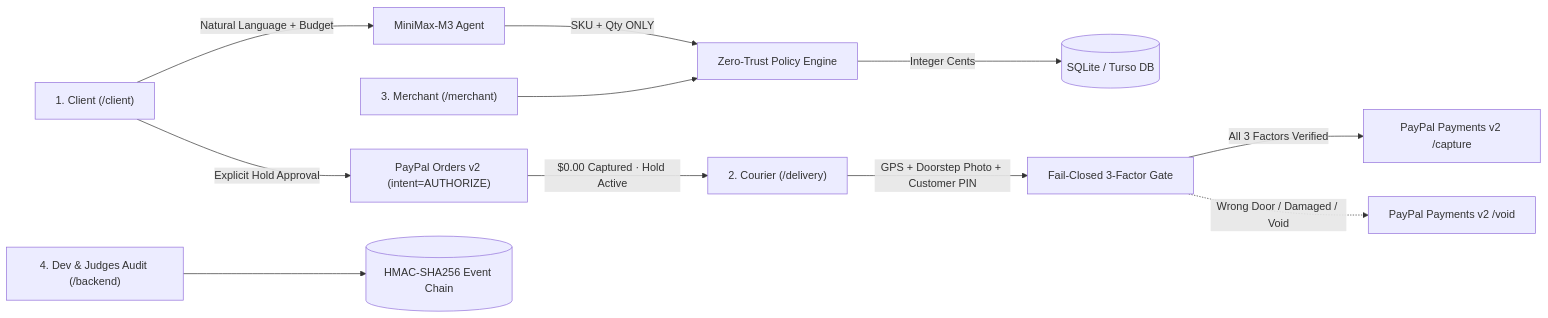
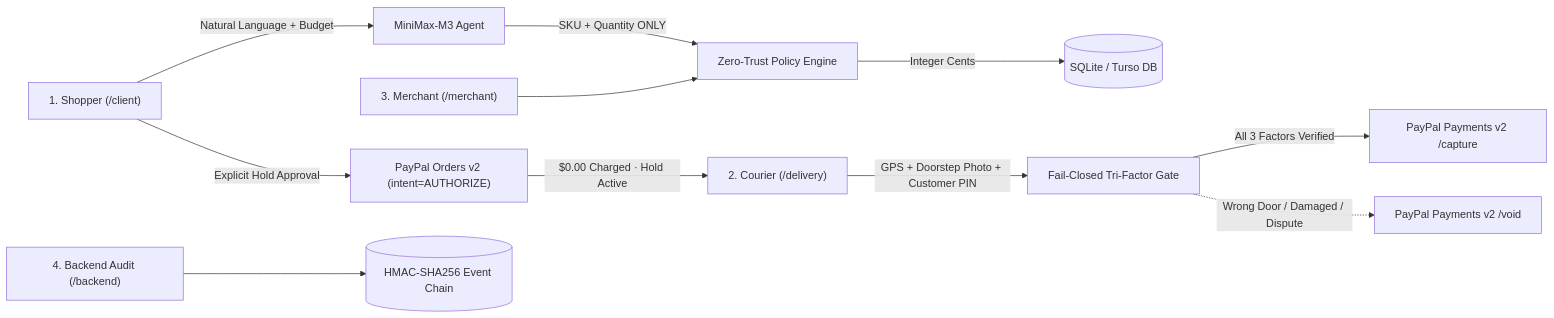
The diagram in README.md (altaga/Proofed), drawn with Mermaid before and after one commit. The commit also changed other lines of this file and 12 other files, not shown here.

Commit message:
docs: overhaul README and AGENTS with screenshots, automated capture, and architectural specs

````diff
--- a/README.md
+++ b/README.md
@@ -19,15 +20,15 @@
 ```mermaid
 flowchart LR
-    Shopper["1. Client (/client)"] -->|Natural Language + Budget| Agent["MiniMax-M3 Agent"]
-    Agent -->|SKU + Qty ONLY| Policy["Zero-Trust Policy Engine"]
+    Shopper["1. Shopper (/client)"] -->|Natural Language + Budget| Agent["MiniMax-M3 Agent"]
+    Agent -->|SKU + Quantity ONLY| Policy["Zero-Trust Policy Engine"]
     Policy -->|Integer Cents| Catalog[(SQLite / Turso DB)]
     Shopper -->|Explicit Hold Approval| PayPal["PayPal Orders v2 (intent=AUTHORIZE)"]
     
-    PayPal -->|$0.00 Captured · Hold Active| Courier["2. Courier (/delivery)"]
-    Courier -->|GPS + Doorstep Photo + Customer PIN| Gate["Fail-Closed 3-Factor Gate"]
+    PayPal -->|$0.00 Charged · Hold Active| Courier["2. Courier (/delivery)"]
+    Courier -->|GPS + Doorstep Photo + Customer PIN| Gate["Fail-Closed Tri-Factor Gate"]
     Gate -->|All 3 Factors Verified| Capture["PayPal Payments v2 /capture"]
-    Gate -.->|Wrong Door / Damaged / Void| Void["PayPal Payments v2 /void"]
+    Gate -.->|Wrong Door / Damaged / Dispute| Void["PayPal Payments v2 /void"]
     
     Merchant["3. Merchant (/merchant)"] --> Policy
-    Backend["4. Dev & Judges Audit (/backend)"] --> Events[(HMAC-SHA256 Event Chain)]
+    Backend["4. Backend Audit (/backend)"] --> Events[(HMAC-SHA256 Event Chain)]
 ```
````
